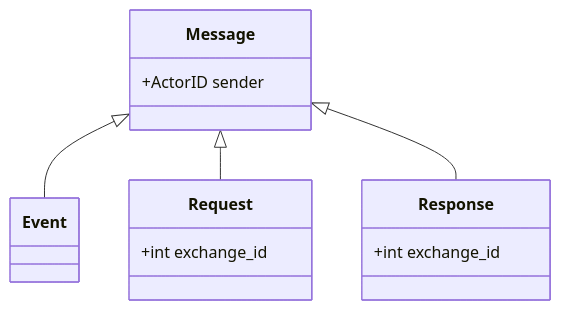
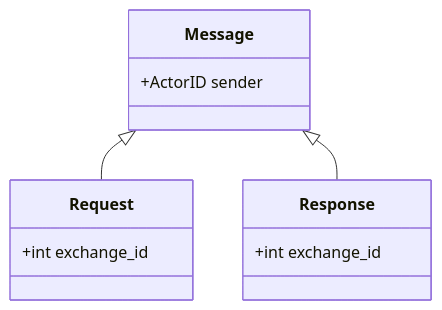
Before and after one commit to progspaces/chorus: the diagram in docs/source/guide/index.rst, drawn with Mermaid. The commit also changed other lines of this file and 9 other files, not shown here.

```diff
--- a/docs/source/guide/index.rst
+++ b/docs/source/guide/index.rst
@@ -158,19 +158,18 @@
 .. mermaid::
    :caption: Message class hierarchy
 
    classDiagram
-       Message <|-- Event
        Message <|-- Request
        Message <|-- Response
 
        class Message {
            +ActorID sender
        }
 
        class Request {
            +int exchange_id
        }
 
        class Response {
            +int exchange_id
        }
```
